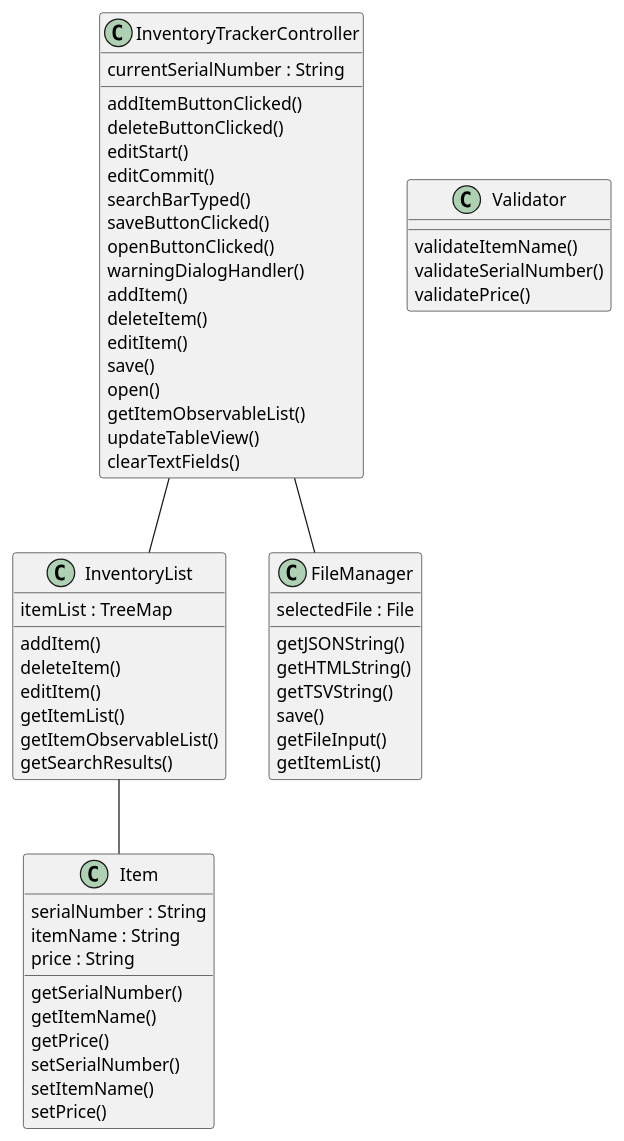
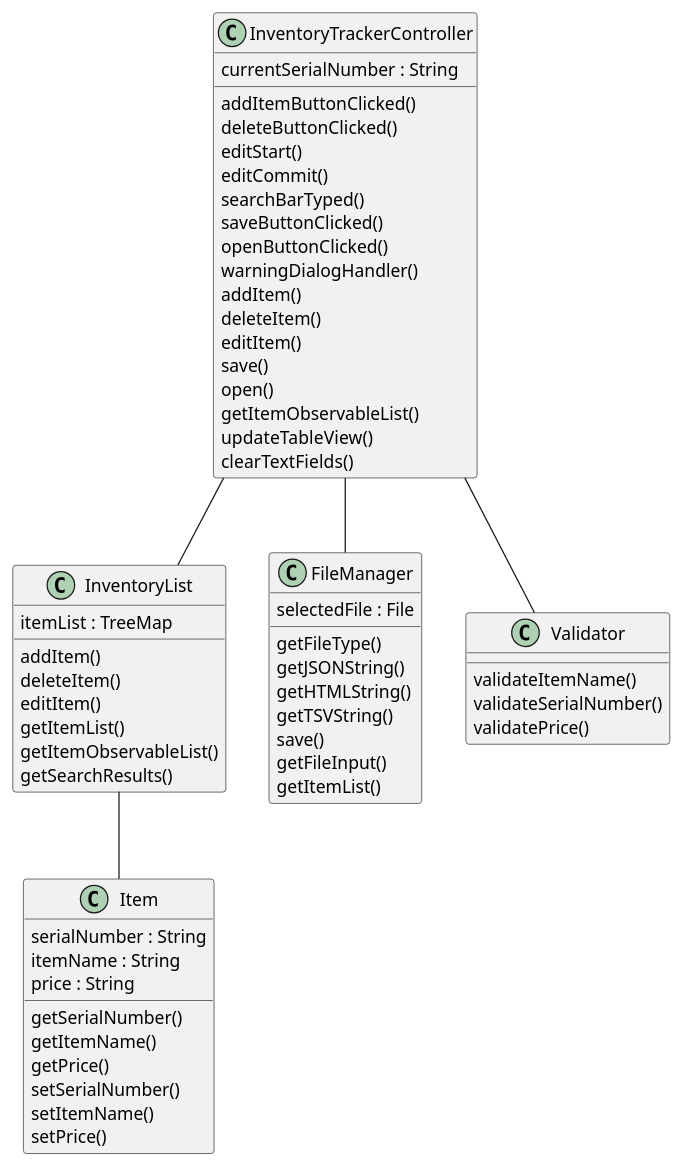
The diagram in uml/ClassDiagram.puml (admonlee/InventoryTracker), drawn with PlantUML before and after one commit. The commit also changed 7 other files, not shown here.

```diff
--- a/uml/ClassDiagram.puml
+++ b/uml/ClassDiagram.puml
@@ -1,70 +1,72 @@
 @startuml
 
 class InventoryTrackerController
 {
 currentSerialNumber : String
 addItemButtonClicked()
 deleteButtonClicked()
 editStart()
 editCommit()
 searchBarTyped()
 saveButtonClicked()
 openButtonClicked()
 warningDialogHandler()
 addItem()
 deleteItem()
 editItem()
 save()
 open()
 getItemObservableList()
 updateTableView()
 clearTextFields()
 }
 
 class InventoryList
 {
 itemList : TreeMap
 addItem()
 deleteItem()
 editItem()
 getItemList()
 getItemObservableList()
 getSearchResults()
 }
 
 class Item
 {
 serialNumber : String
 itemName : String
 price : String
 getSerialNumber()
 getItemName()
 getPrice()
 setSerialNumber()
 setItemName()
 setPrice()
 }
 
 class FileManager
 {
 selectedFile : File
+getFileType()
 getJSONString()
 getHTMLString()
 getTSVString()
 save()
 getFileInput()
 getItemList()
 }
 
 class Validator
 {
 validateItemName()
 validateSerialNumber()
 validatePrice()
 }
 
 InventoryTrackerController -- InventoryList
 InventoryList -- Item
 InventoryTrackerController -- FileManager
+InventoryTrackerController -- Validator
 
 @enduml
```
